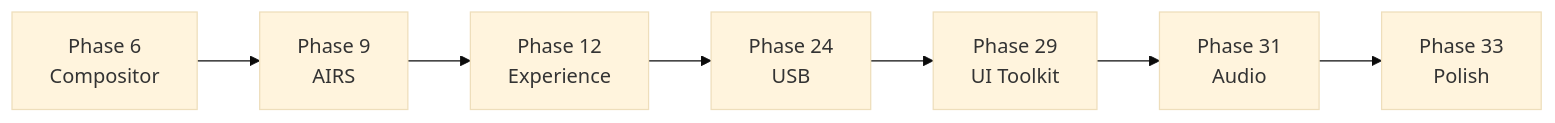
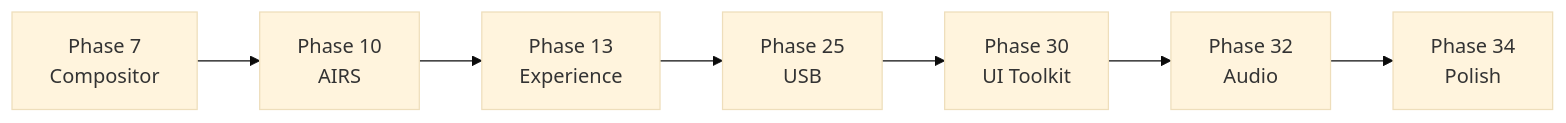
One commit to juslee/aios changed the third of 3 diagrams in docs/experience/accessibility.md. Above: the diagram before and after it, drawn with Mermaid (base theme). The commit also changed other lines of this file and 135 other files, not shown here.

First line of the commit message:
Renumber Phase 5→6 through Phase 46→47 across architecture docs

````diff
--- a/docs/experience/accessibility.md
+++ b/docs/experience/accessibility.md
@@ -239,4 +239,4 @@
 ```mermaid
 flowchart LR
-    P6["Phase 6\nCompositor"] --> P9["Phase 9\nAIRS"] --> P12["Phase 12\nExperience"] --> P24["Phase 24\nUSB"] --> P29["Phase 29\nUI Toolkit"] --> P31["Phase 31\nAudio"] --> P33["Phase 33\nPolish"]
+    P6["Phase 7\nCompositor"] --> P9["Phase 10\nAIRS"] --> P12["Phase 13\nExperience"] --> P24["Phase 25\nUSB"] --> P29["Phase 30\nUI Toolkit"] --> P31["Phase 32\nAudio"] --> P33["Phase 34\nPolish"]
 ```
````
